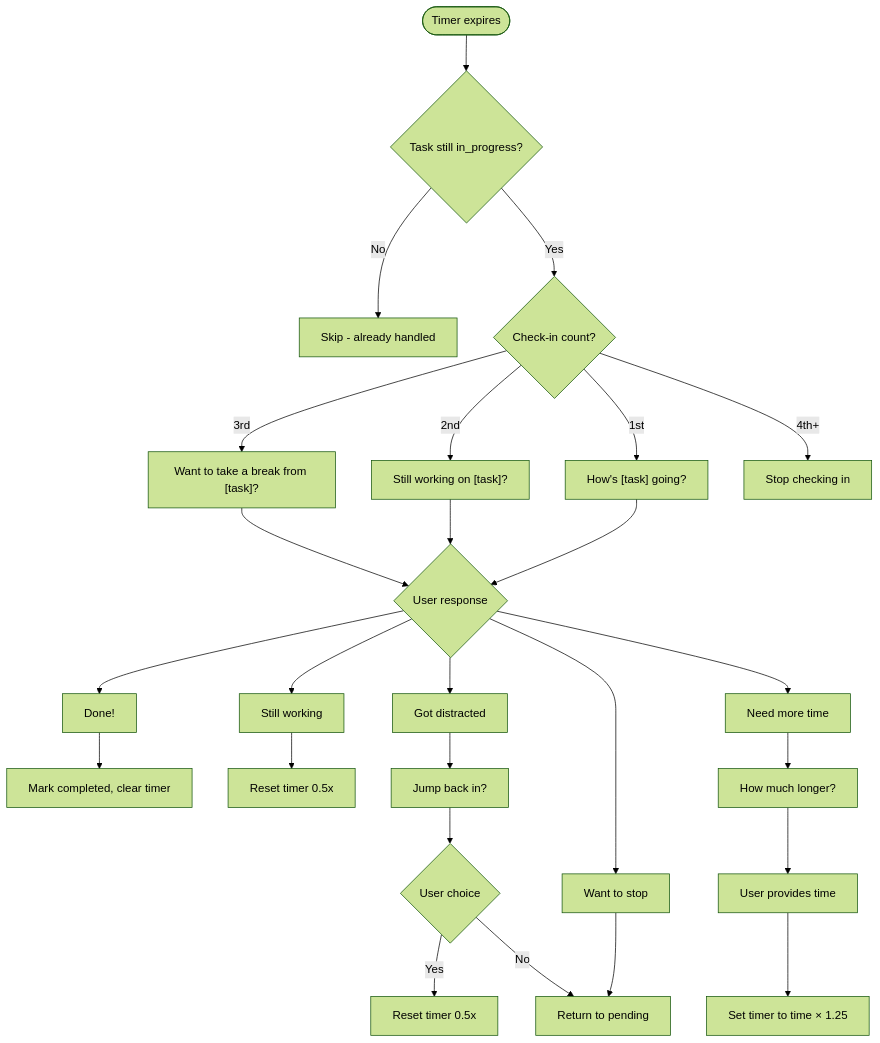
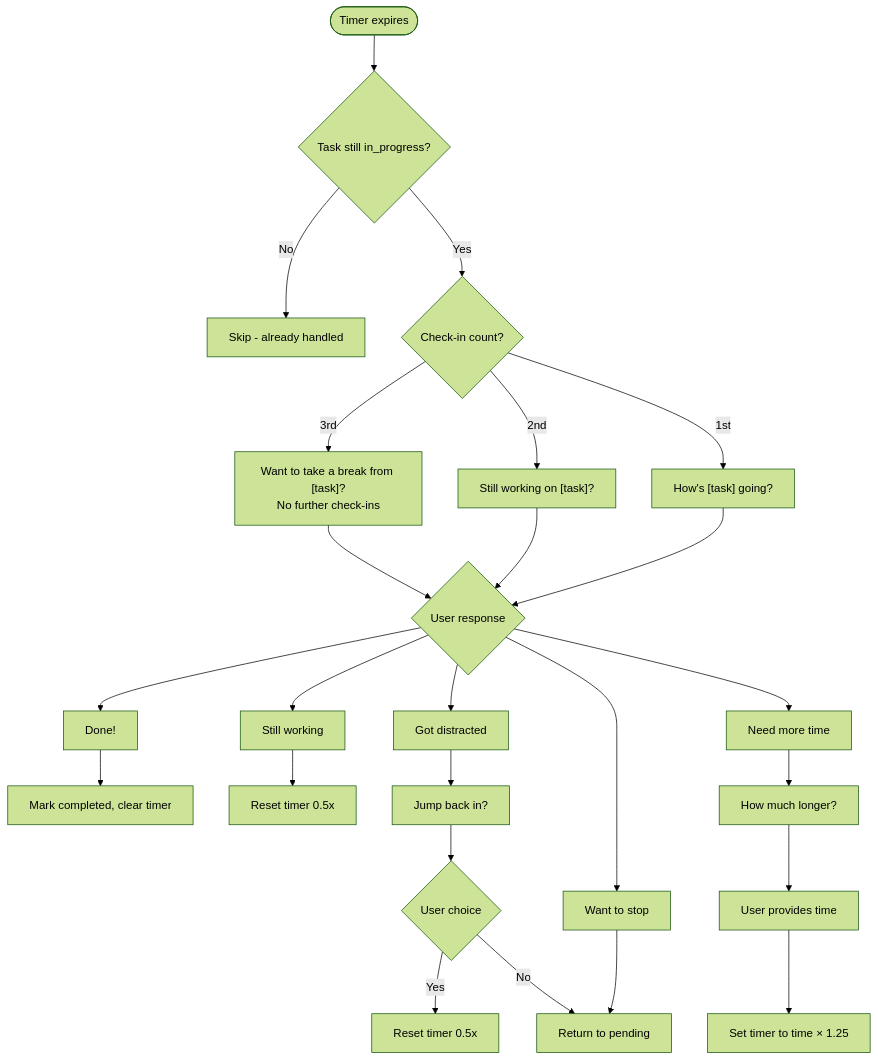
One commit to NickBorgersProbably/hide-my-list changed diagram 21 of 29 in docs/user-interactions.md. Above: the diagram before and after it, drawn with Mermaid (forest theme). The commit also changed 7 other files, not shown here.

````diff
--- a/docs/user-interactions.md
+++ b/docs/user-interactions.md
@@ -677,36 +677,35 @@
 ```mermaid
 flowchart TD
     Timer([Timer expires]) --> StillActive{Task still in_progress?}
 
     StillActive -->|No| Skip[Skip - already handled]
     StillActive -->|Yes| CheckInCount{Check-in count?}
 
     CheckInCount -->|1st| Friendly["How's [task] going?"]
     CheckInCount -->|2nd| Brief["Still working on [task]?"]
-    CheckInCount -->|3rd| Gentle["Want to take a break from [task]?"]
-    CheckInCount -->|4th+| Stop[Stop checking in]
+    CheckInCount -->|3rd| Gentle["Want to take a break from [task]?<br/>No further check-ins"]
 
     Friendly --> UserResponse
     Brief --> UserResponse
     Gentle --> UserResponse
 
     UserResponse{User response}
     UserResponse --> Done["Done!"]
     UserResponse --> Working["Still working"]
     UserResponse --> Distracted["Got distracted"]
     UserResponse --> MoreTime["Need more time"]
     UserResponse --> Stop2["Want to stop"]
 
     Done --> Complete[Mark completed, clear timer]
     Working --> Reset1[Reset timer 0.5x]
     Distracted --> Nudge["Jump back in?"]
     MoreTime --> AskDuration["How much longer?"]
     Stop2 --> ReturnQueue[Return to pending]
 
     Nudge --> YesNo{User choice}
     YesNo -->|Yes| Reset2[Reset timer 0.5x]
     YesNo -->|No| ReturnQueue
 
     AskDuration --> NewTime[User provides time]
     NewTime --> Reset3[Set timer to time × 1.25]
 ```
````
